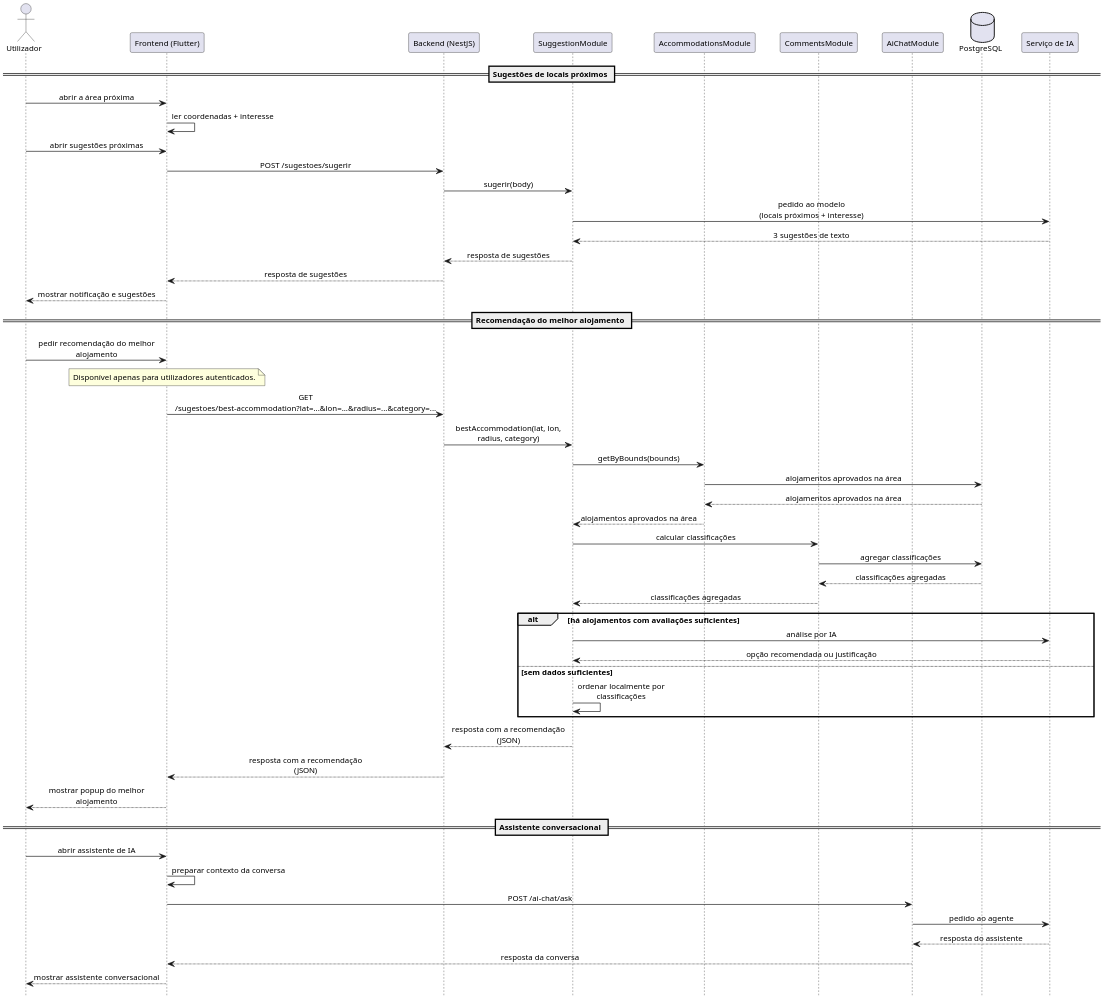
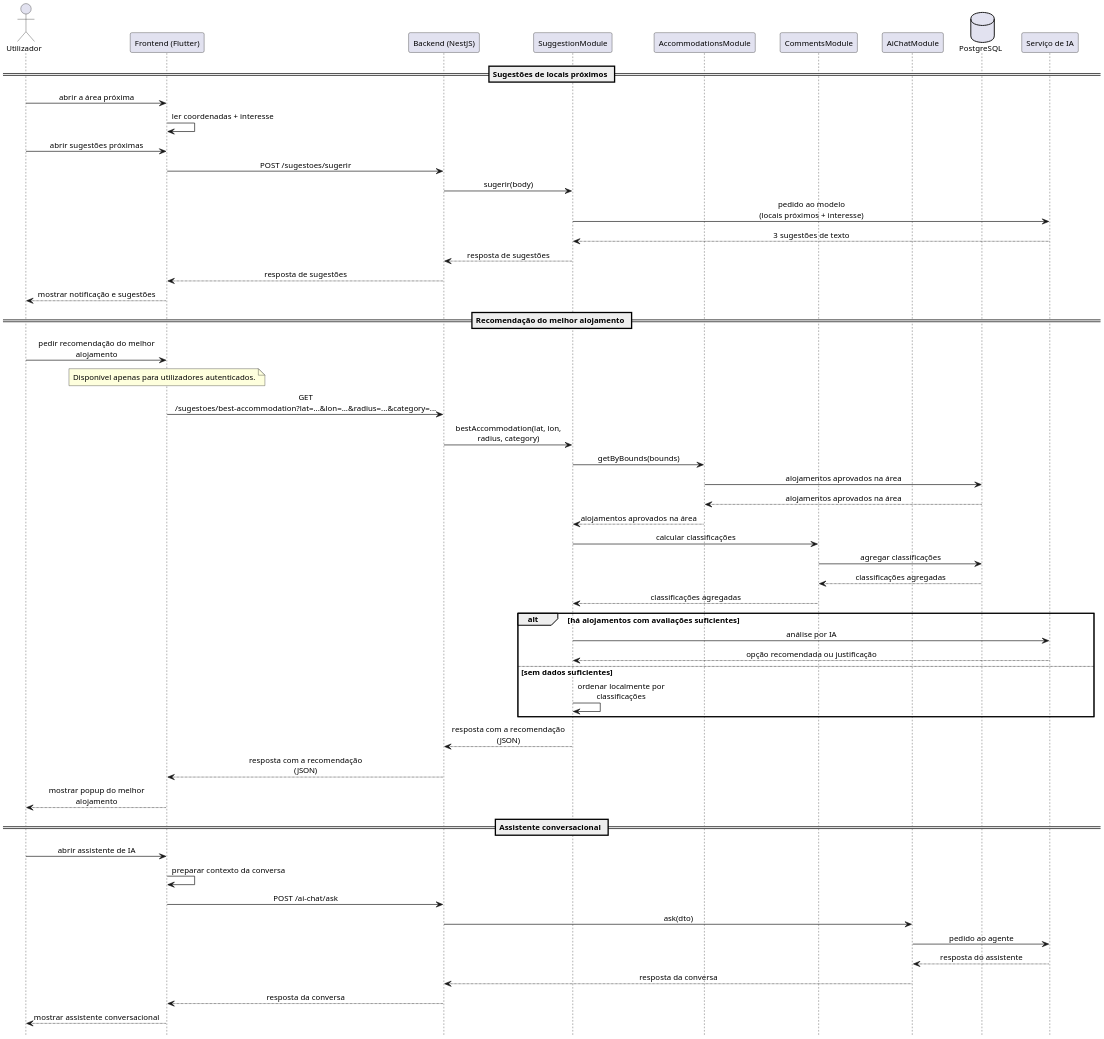
Before and after one commit to alegna83/cookbook-be: the diagram in docs/diagrams/communication-suggestions-flow.puml, drawn with PlantUML. The commit also changed 5 other files, not shown here.

Commit message:
correçoes diagramas

```diff
--- a/docs/diagrams/communication-suggestions-flow.puml
+++ b/docs/diagrams/communication-suggestions-flow.puml
@@ -1,74 +1,76 @@
 @startuml
 hide footbox
 skinparam defaultFontName Arial
 skinparam defaultFontSize 12
 skinparam dpi 190
 skinparam maxMessageSize 200
 skinparam sequence {
   ParticipantPadding 14
   BoxPadding 8
   MessageAlign center
   ArrowThickness 1
 }
 
 actor Utilizador
 participant "Frontend (Flutter)" as FE
 participant "Backend (NestJS)" as BE
 participant "SuggestionModule" as SuggestionsModule
 participant "AccommodationsModule" as AccommodationsModule
 participant "CommentsModule" as CommentsModule
 participant "AiChatModule" as AiChatModule
 database "PostgreSQL" as DB
 participant "Serviço de IA" as AI
 
 == Sugestões de locais próximos ==
 
 Utilizador -> FE : abrir a área próxima
 FE -> FE : ler coordenadas + interesse
 
 Utilizador -> FE : abrir sugestões próximas
 FE -> BE : POST /sugestoes/sugerir
 BE -> SuggestionsModule : sugerir(body)
 SuggestionsModule -> AI : pedido ao modelo\n(locais próximos + interesse)
 AI --> SuggestionsModule : 3 sugestões de texto
 SuggestionsModule --> BE : resposta de sugestões
 BE --> FE : resposta de sugestões
 FE --> Utilizador : mostrar notificação e sugestões
 
 == Recomendação do melhor alojamento ==
 
 Utilizador -> FE : pedir recomendação do melhor alojamento
 note over FE
 Disponível apenas para utilizadores autenticados.
 end note
 FE -> BE : GET /sugestoes/best-accommodation?lat=...&lon=...&radius=...&category=...
 BE -> SuggestionsModule : bestAccommodation(lat, lon, radius, category)
 SuggestionsModule -> AccommodationsModule : getByBounds(bounds)
 AccommodationsModule -> DB : alojamentos aprovados na área
 DB --> AccommodationsModule : alojamentos aprovados na área
 AccommodationsModule --> SuggestionsModule : alojamentos aprovados na área
 SuggestionsModule -> CommentsModule : calcular classificações
 CommentsModule -> DB : agregar classificações
 DB --> CommentsModule : classificações agregadas
 CommentsModule --> SuggestionsModule : classificações agregadas
 alt há alojamentos com avaliações suficientes
   SuggestionsModule -> AI : análise por IA
   AI --> SuggestionsModule : opção recomendada ou justificação
 else sem dados suficientes
   SuggestionsModule -> SuggestionsModule : ordenar localmente por classificações
 end
 SuggestionsModule --> BE : resposta com a recomendação (JSON)
 BE --> FE : resposta com a recomendação (JSON)
 FE --> Utilizador : mostrar popup do melhor alojamento
 
 == Assistente conversacional ==
 
 Utilizador -> FE : abrir assistente de IA
 FE -> FE : preparar contexto da conversa
-FE -> AiChatModule : POST /ai-chat/ask
+FE -> BE : POST /ai-chat/ask
+BE -> AiChatModule : ask(dto)
 AiChatModule -> AI : pedido ao agente
 AI --> AiChatModule : resposta do assistente
-AiChatModule --> FE : resposta da conversa
+AiChatModule --> BE : resposta da conversa
+BE --> FE : resposta da conversa
 FE --> Utilizador : mostrar assistente conversacional
 
 @enduml
```
